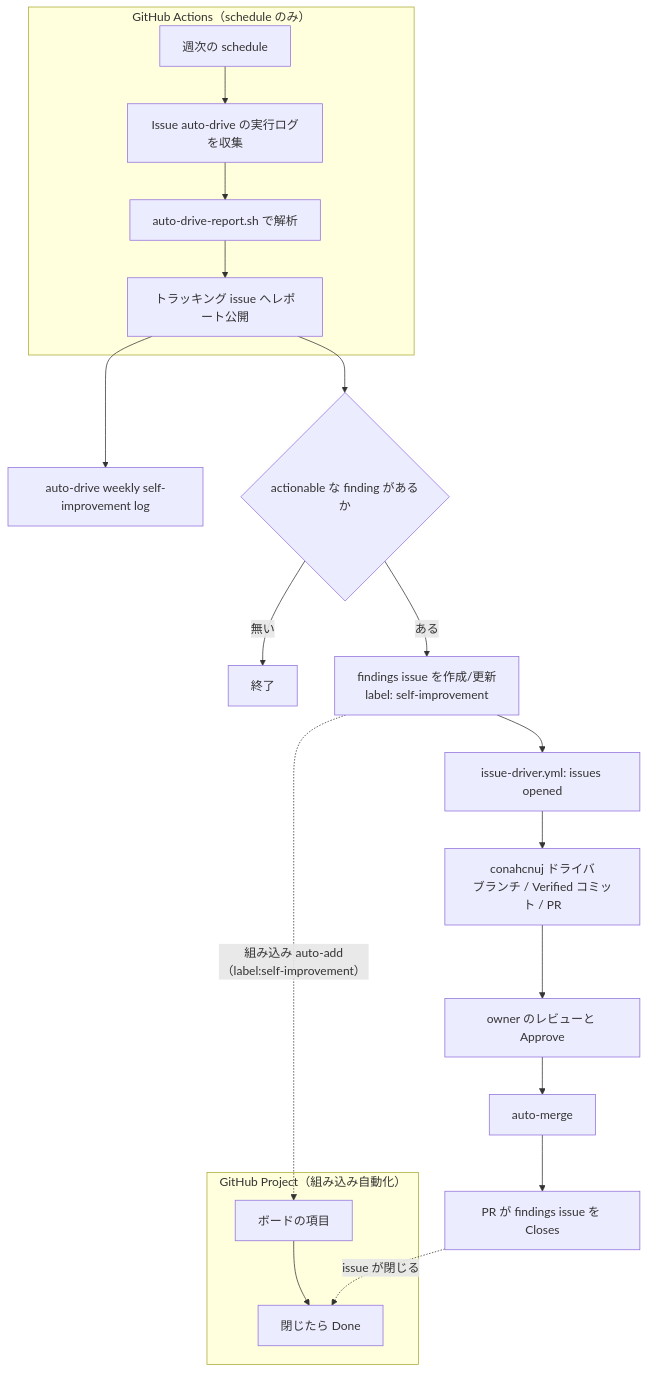
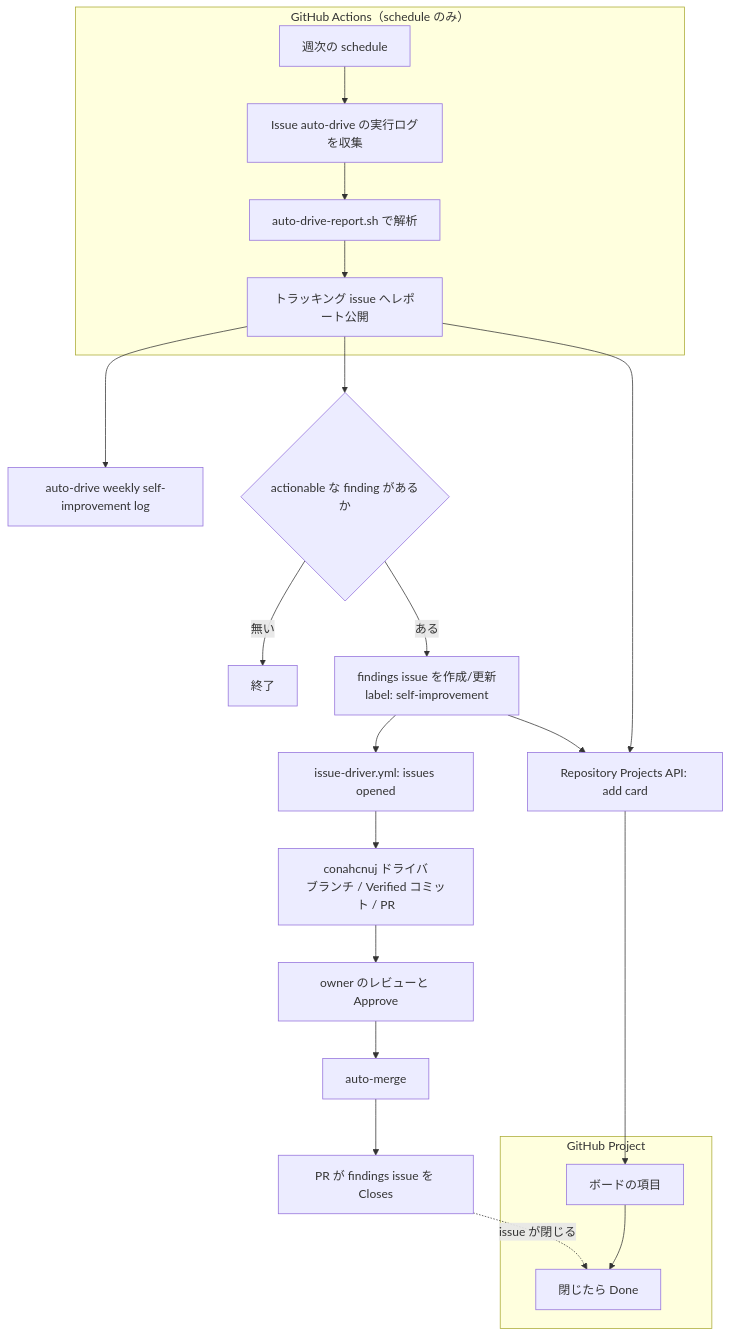
The diagram in docs/self-improvement.md (nahcnuj/conahcnuj), drawn with Mermaid before and after one commit. The commit also changed other lines of this file and 19 other files, not shown here.

````diff
--- a/docs/self-improvement.md
+++ b/docs/self-improvement.md
@@ -16,25 +16,27 @@
 ```mermaid
 flowchart TD
     subgraph actions["GitHub Actions（schedule のみ）"]
         S[週次の schedule] --> C[Issue auto-drive の実行ログを収集]
         C --> R[auto-drive-report.sh で解析]
         R --> P[トラッキング issue へレポート公開]
     end
 
     P --> T[auto-drive weekly self-improvement log]
     P --> Q{actionable な finding があるか}
     Q -- 無い --> Z[終了]
     Q -- ある --> F[findings issue を作成/更新<br>label: self-improvement]
 
-    subgraph project["GitHub Project（組み込み自動化）"]
+    subgraph project["GitHub Project"]
         B[ボードの項目] --> D[閉じたら Done]
     end
 
-    F -. 組み込み auto-add（label:self-improvement） .-> B
+    P --> A[Repository Projects API: add card]
+    F --> A
+    A --> B
     F --> I[issue-driver.yml: issues opened]
     I --> DR[conahcnuj ドライバ<br>ブランチ / Verified コミット / PR]
     DR --> O[owner のレビューと Approve]
     O --> M[auto-merge]
     M --> X[PR が findings issue を Closes]
     X -. issue が閉じる .-> D
 ```
````
